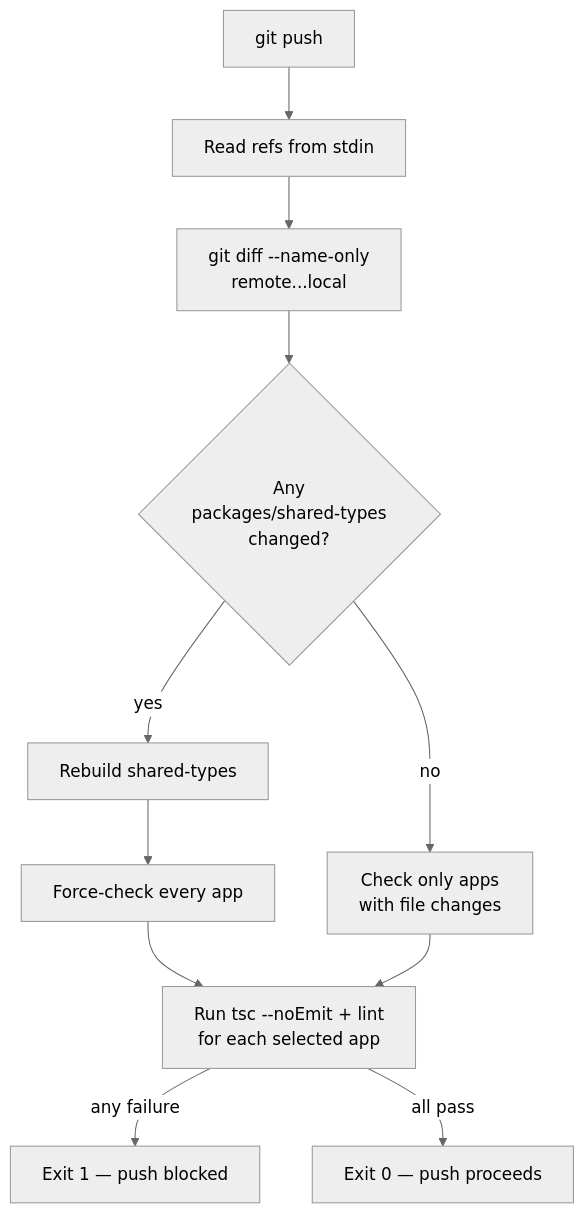
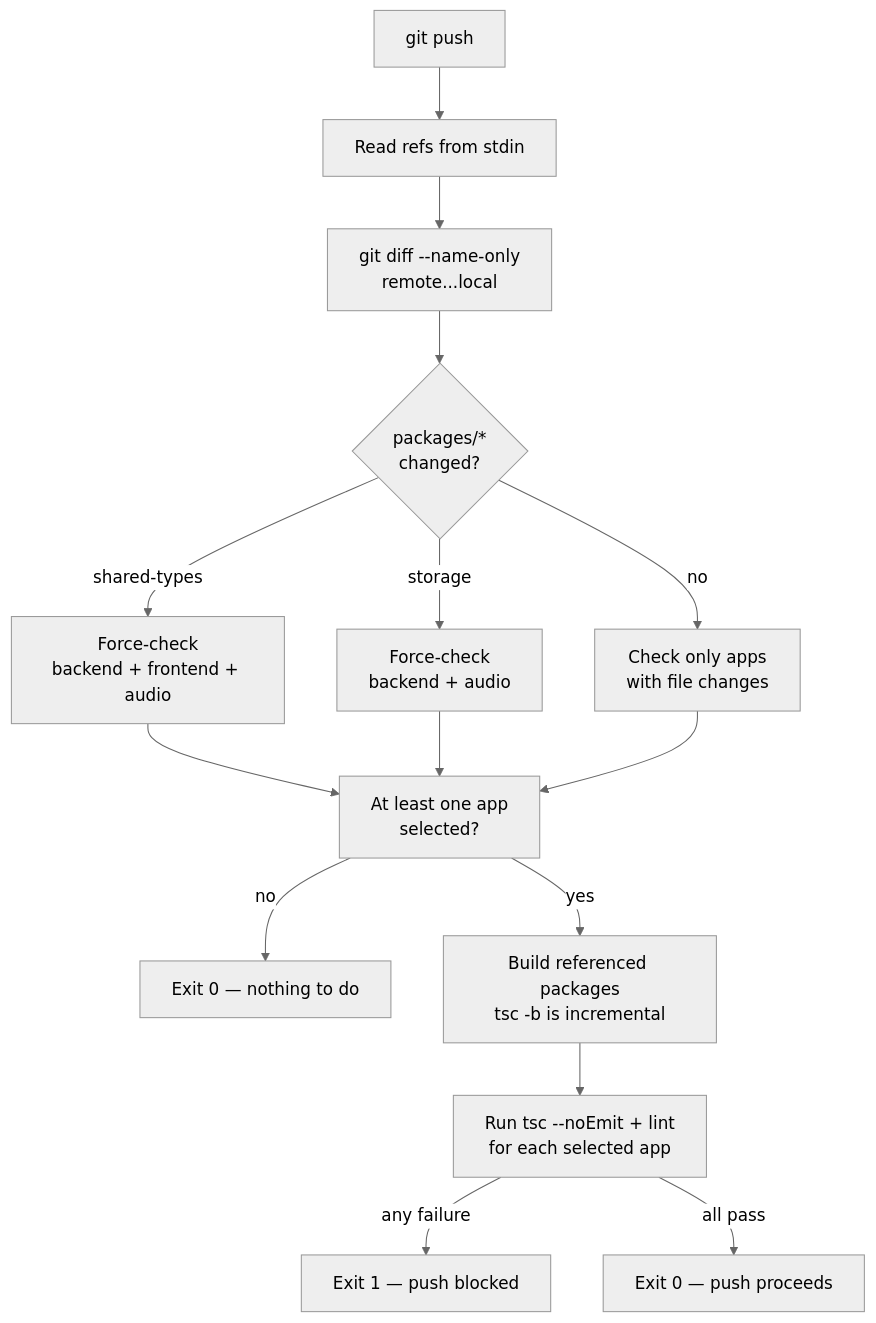
Before and after one commit to hugoheynard/SH3PERD: the second of 3 diagrams in apps/backend/documentation/sh3-quality-gates.md, drawn with Mermaid (neutral theme). The commit also changed other lines of this file and 2 other files, not shown here.

First line of the commit message:
fix(tooling): build @sh3pherd/storage before tsc in CI + pre-push

````diff
--- a/apps/backend/documentation/sh3-quality-gates.md
+++ b/apps/backend/documentation/sh3-quality-gates.md
@@ -65,13 +65,17 @@
 ```mermaid
 flowchart TD
     start[git push] --> refs[Read refs from stdin]
     refs --> diff[git diff --name-only<br/>remote...local]
-    diff --> shared{Any<br/>packages/shared-types<br/>changed?}
-    shared -->|yes| buildShared[Rebuild shared-types]
-    buildShared --> allApps[Force-check every app]
-    shared -->|no| perApp[Check only apps<br/>with file changes]
-    allApps --> run
-    perApp --> run[Run tsc --noEmit + lint<br/>for each selected app]
+    diff --> pkg{packages/*<br/>changed?}
+    pkg -->|shared-types| fanShared[Force-check<br/>backend + frontend + audio]
+    pkg -->|storage| fanStorage[Force-check<br/>backend + audio]
+    pkg -->|no| perApp[Check only apps<br/>with file changes]
+    fanShared --> need
+    fanStorage --> need
+    perApp --> need[At least one app<br/>selected?]
+    need -->|no| exit0[Exit 0 — nothing to do]
+    need -->|yes| build[Build referenced packages<br/>tsc -b is incremental]
+    build --> run[Run tsc --noEmit + lint<br/>for each selected app]
     run -->|any failure| block[Exit 1 — push blocked]
     run -->|all pass| allow[Exit 0 — push proceeds]
 ```
````
